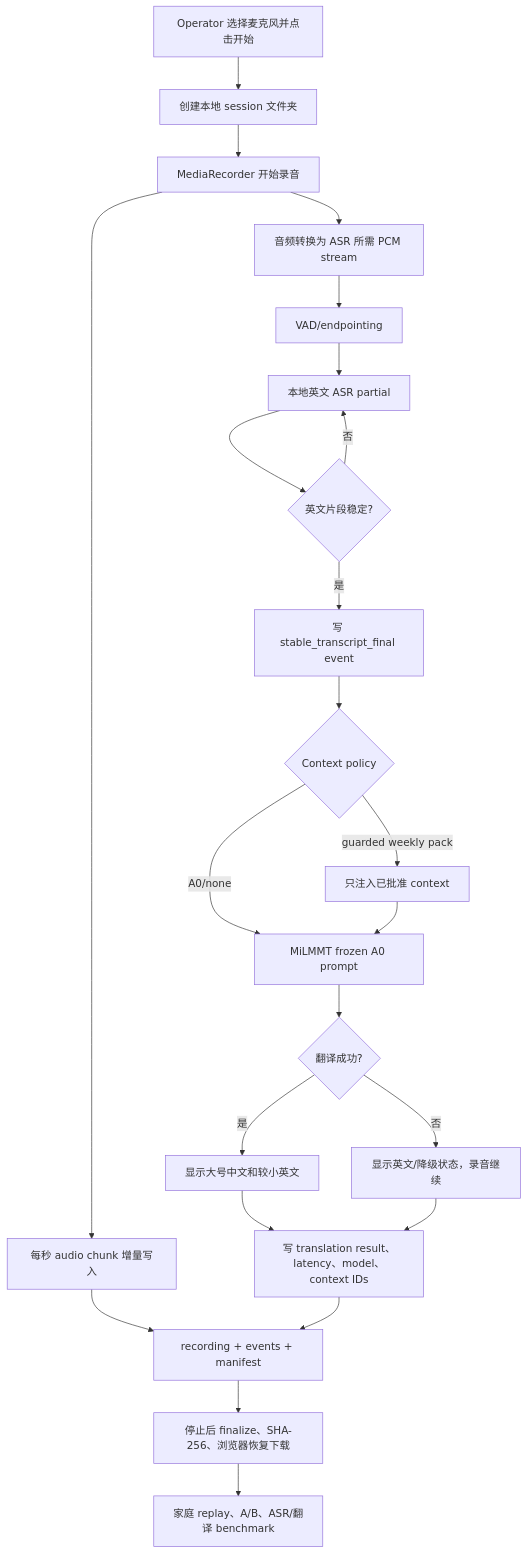
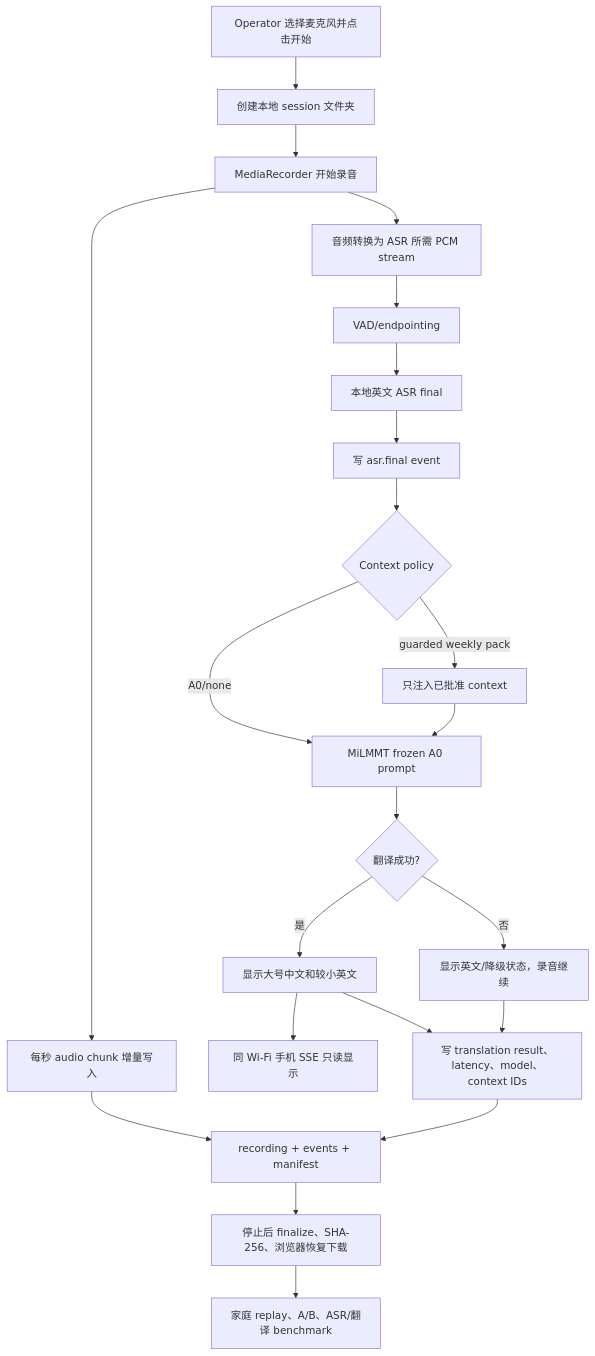
One commit to JonathanJing/sermon-video-zh-subtitles changed the third of 4 diagrams in docs/workflows/README.zh.md. Above: the diagram before and after it, drawn with Mermaid. The commit also changed other lines of this file and 26 other files, not shown here.

````diff
--- a/docs/workflows/README.zh.md
+++ b/docs/workflows/README.zh.md
@@ -104,25 +105,24 @@
 ```mermaid
 flowchart TD
     A[Operator 选择麦克风并点击开始] --> B[创建本地 session 文件夹]
     B --> C[MediaRecorder 开始录音]
     C --> D[每秒 audio chunk 增量写入]
     C --> E[音频转换为 ASR 所需 PCM stream]
     E --> F[VAD/endpointing]
-    F --> G[本地英文 ASR partial]
-    G --> H{英文片段稳定?}
-    H -- 否 --> G
-    H -- 是 --> I[写 stable_transcript_final event]
+    F --> G[本地英文 ASR final]
+    G --> I[写 asr.final event]
     I --> J{Context policy}
     J -- A0/none --> K[MiLMMT frozen A0 prompt]
     J -- guarded weekly pack --> L[只注入已批准 context]
     L --> K
     K --> M{翻译成功?}
     M -- 是 --> N[显示大号中文和较小英文]
     M -- 否 --> O[显示英文/降级状态，录音继续]
+    N --> U[同 Wi-Fi 手机 SSE 只读显示]
     N --> P[写 translation result、latency、model、context IDs]
     O --> P
     D --> Q[recording + events + manifest]
     P --> Q
     Q --> R[停止后 finalize、SHA-256、浏览器恢复下载]
     R --> S[家庭 replay、A/B、ASR/翻译 benchmark]
 ```
````
